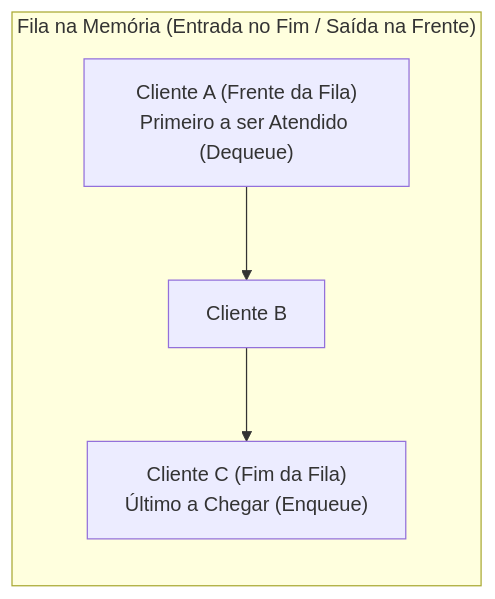
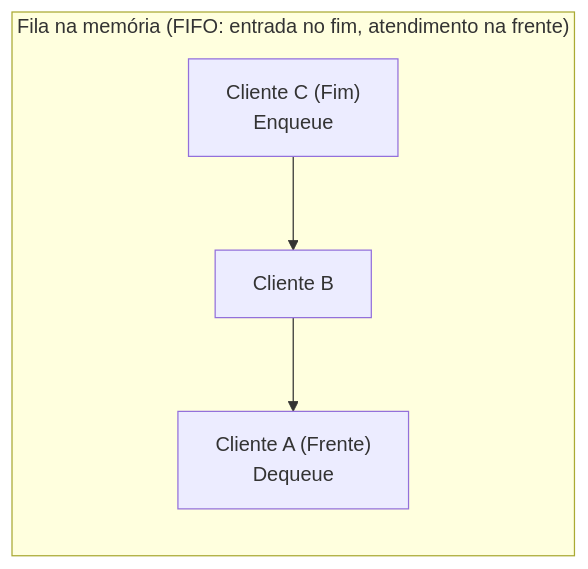
The second of 8 diagrams in 00. Sintaxe Multilinguagem/08. Estruturas de dados fundamentais (materialização de modelos mentais em código).md (leorruas/puc), drawn with Mermaid before and after one commit. The commit also changed other lines of this file and 6 other files, not shown here.

Commit message:
refactor: reformular estrategia visual de diagramas Mermaid e adicionar explorador interativo no app

````diff
--- a/00. Sintaxe Multilinguagem/08. Estruturas de dados fundamentais (materialização de modelos mentais em código).md
+++ b/00. Sintaxe Multilinguagem/08. Estruturas de dados fundamentais (materialização de modelos mentais em código).md
@@ -119,12 +118,6 @@
 ```mermaid
-flowchart TD
-    subgraph Fila ["Fila na Memória (Entrada no Fim / Saída na Frente)"]
-        direction TB
-        Frente["Cliente A (Frente da Fila)<br>Primeiro a ser Atendido (Dequeue)"]
-        Meio["Cliente B"]
-        Fim["Cliente C (Fim da Fila)<br>Último a Chegar (Enqueue)"]
-
-        Frente --> Meio
-        Meio --> Fim
+flowchart LR
+    subgraph Fila ["Fila na memória (FIFO: entrada no fim, atendimento na frente)"]
+        Fim["Cliente C (Fim)<br>Enqueue"]:::data --> Meio["Cliente B"]:::component --> Frente["Cliente A (Frente)<br>Dequeue"]:::core
     end
 ```
````
